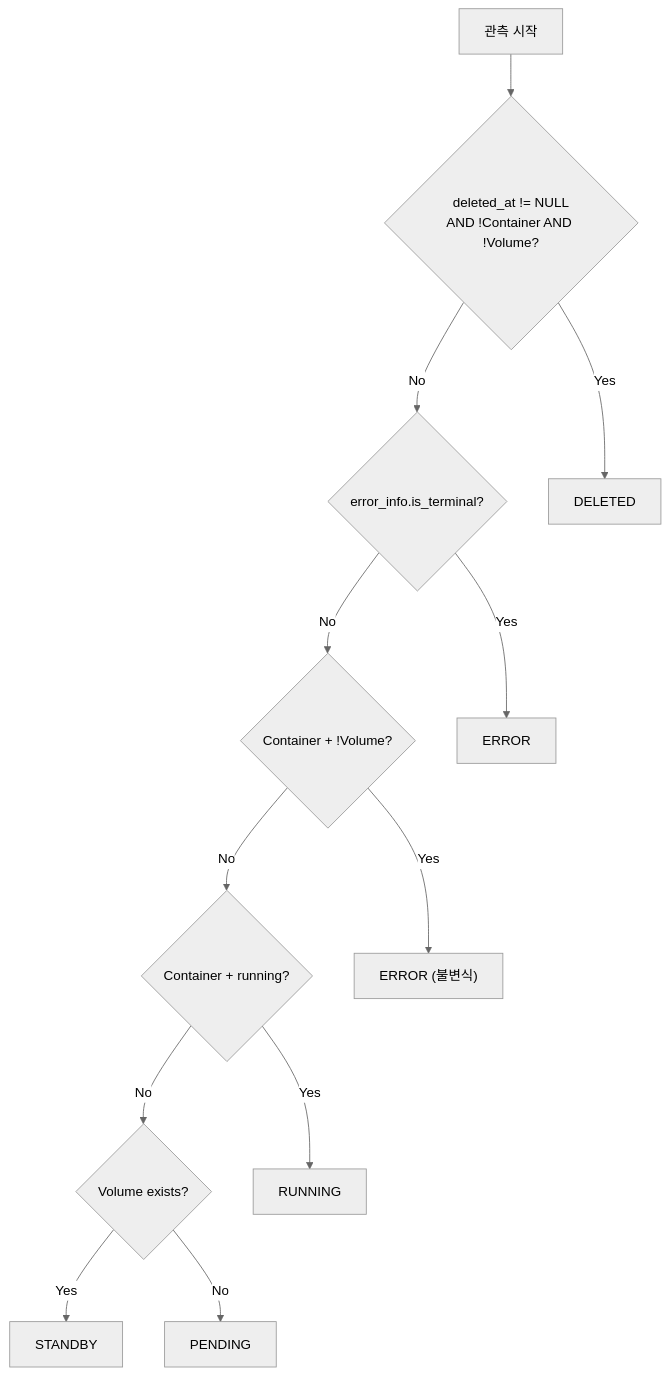
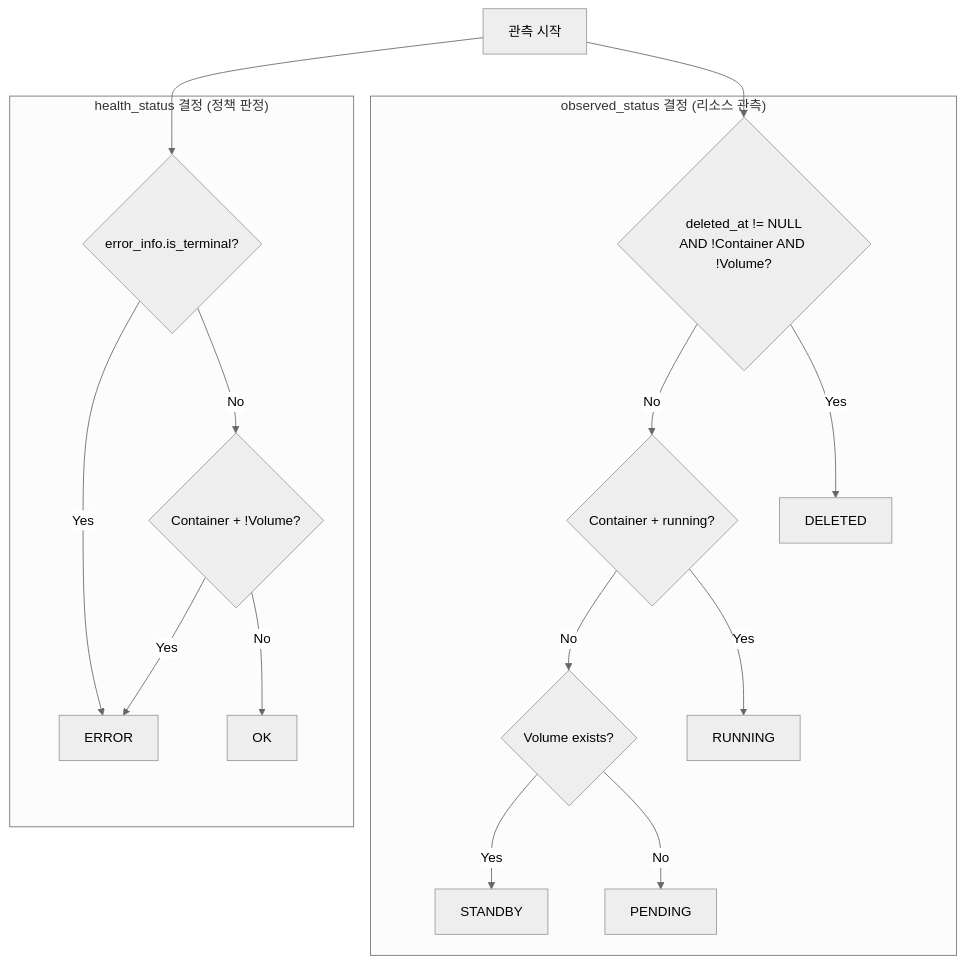
The second of 6 diagrams in docs/spec_v2/04-control-plane.md (cagojeiger/code-hub), drawn with Mermaid (neutral theme) before and after one commit. The commit also changed other lines of this file and 4 other files, not shown here.

First line of the commit message:
docs(spec_v2): separate ERROR into health_status, add adaptive polling

````diff
--- a/docs/spec_v2/04-control-plane.md
+++ b/docs/spec_v2/04-control-plane.md
@@ -108,28 +121,35 @@
 ```mermaid
 flowchart TB
     Start["관측 시작"]
-    Deleted{"deleted_at != NULL<br/>AND !Container AND !Volume?"}
-    Terminal{"error_info.is_terminal?"}
-    ContainerNoVol{"Container + !Volume?"}
-    Running{"Container + running?"}
-    Volume{"Volume exists?"}
 
-    DELETED["DELETED"]
-    ERROR1["ERROR"]
-    ERROR2["ERROR (불변식)"]
-    RUNNING["RUNNING"]
-    STANDBY["STANDBY"]
-    PENDING["PENDING"]
+    subgraph observed["observed_status 결정 (리소스 관측)"]
+        Deleted{"deleted_at != NULL<br/>AND !Container AND !Volume?"}
+        Running{"Container + running?"}
+        Volume{"Volume exists?"}
+        DELETED["DELETED"]
+        RUNNING["RUNNING"]
+        STANDBY["STANDBY"]
+        PENDING["PENDING"]
+    end
+
+    subgraph health["health_status 결정 (정책 판정)"]
+        Terminal{"error_info.is_terminal?"}
+        ContainerNoVol{"Container + !Volume?"}
+        HealthERROR["ERROR"]
+        HealthOK["OK"]
+    end
 
     Start --> Deleted
     Deleted -->|Yes| DELETED
-    Deleted -->|No| Terminal
-    Terminal -->|Yes| ERROR1
-    Terminal -->|No| ContainerNoVol
-    ContainerNoVol -->|Yes| ERROR2
-    ContainerNoVol -->|No| Running
+    Deleted -->|No| Running
     Running -->|Yes| RUNNING
     Running -->|No| Volume
     Volume -->|Yes| STANDBY
     Volume -->|No| PENDING
+
+    Start --> Terminal
+    Terminal -->|Yes| HealthERROR
+    Terminal -->|No| ContainerNoVol
+    ContainerNoVol -->|Yes| HealthERROR
+    ContainerNoVol -->|No| HealthOK
 ```
````
